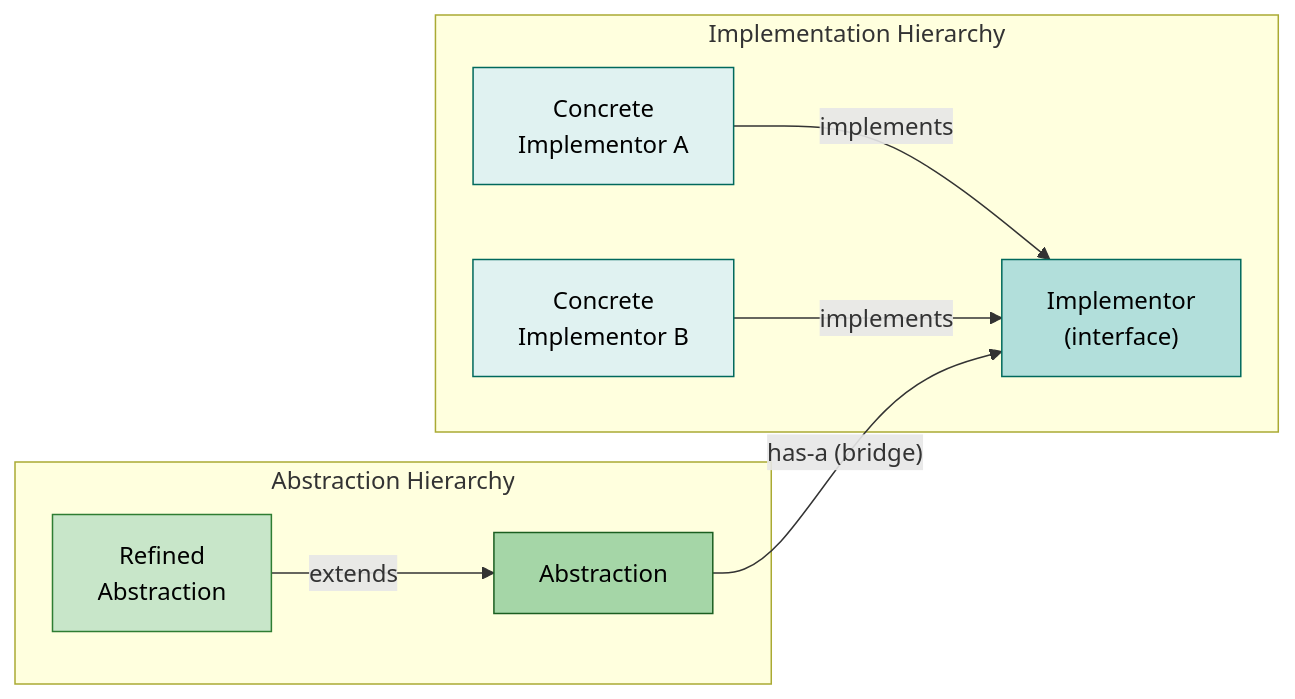
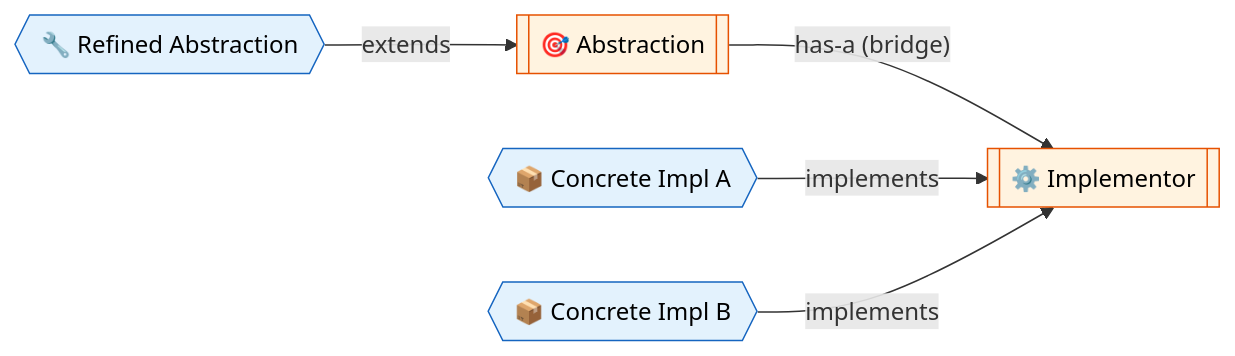
One commit to saivamsikaruturi/vamsilabs-dev-notes-main changed the second of 4 diagrams in docs/designpatterns/structuralDesignPatterns/BridgeDesignPattern.md. Above: the diagram before and after it, drawn with Mermaid. The commit also changed other lines of this file and 42 other files, not shown here.

````diff
--- a/docs/designpatterns/structuralDesignPatterns/BridgeDesignPattern.md
+++ b/docs/designpatterns/structuralDesignPatterns/BridgeDesignPattern.md
@@ -43,24 +32,13 @@
 ```mermaid
 flowchart LR
-    subgraph Abstraction["Abstraction Hierarchy"]
-        Abs["Abstraction"]
-        RefAbs["Refined\nAbstraction"]
-        RefAbs -->|extends| Abs
-    end
+    Abs[["🎯 Abstraction"]] -->|"has-a (bridge)"| Impl[["⚙️ Implementor"]]
+    RefAbs{{"🔧 Refined Abstraction"}} -->|"extends"| Abs
+    ImplA{{"📦 Concrete Impl A"}} -->|"implements"| Impl
+    ImplB{{"📦 Concrete Impl B"}} -->|"implements"| Impl
 
-    subgraph Implementation["Implementation Hierarchy"]
-        Impl["Implementor\n(interface)"]
-        ImplA["Concrete\nImplementor A"]
-        ImplB["Concrete\nImplementor B"]
-        ImplA -->|implements| Impl
-        ImplB -->|implements| Impl
-    end
-
-    Abs -->|"has-a (bridge)"| Impl
-
-    style Abs fill:#a5d6a7,stroke:#1b5e20,color:#000
-    style RefAbs fill:#c8e6c9,stroke:#2e7d32,color:#000
-    style Impl fill:#b2dfdb,stroke:#00695c,color:#000
-    style ImplA fill:#e0f2f1,stroke:#00695c,color:#000
-    style ImplB fill:#e0f2f1,stroke:#00695c,color:#000
+    style Abs fill:#FFF3E0,stroke:#E65100,color:#000
+    style RefAbs fill:#E3F2FD,stroke:#1565C0,color:#000
+    style Impl fill:#FFF3E0,stroke:#E65100,color:#000
+    style ImplA fill:#E3F2FD,stroke:#1565C0,color:#000
+    style ImplB fill:#E3F2FD,stroke:#1565C0,color:#000
 ```
````
